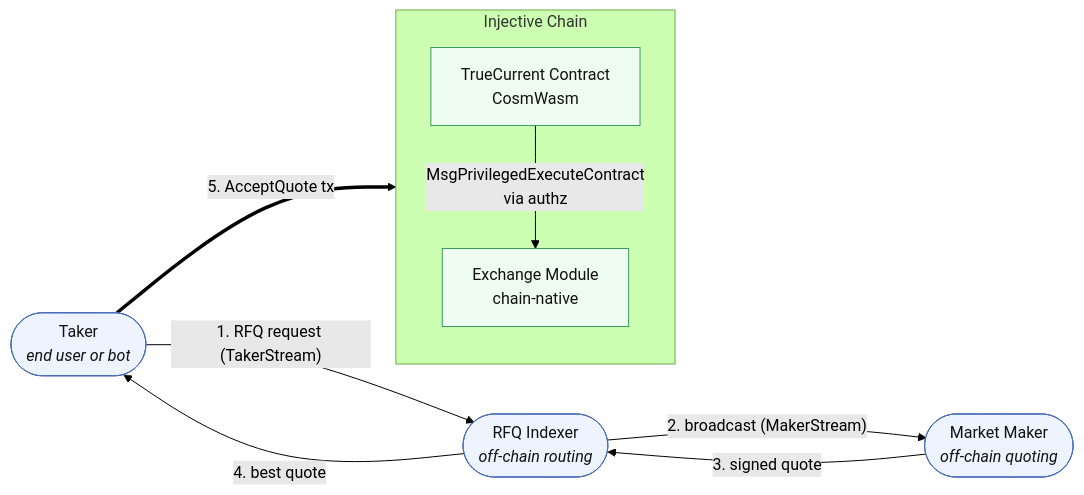
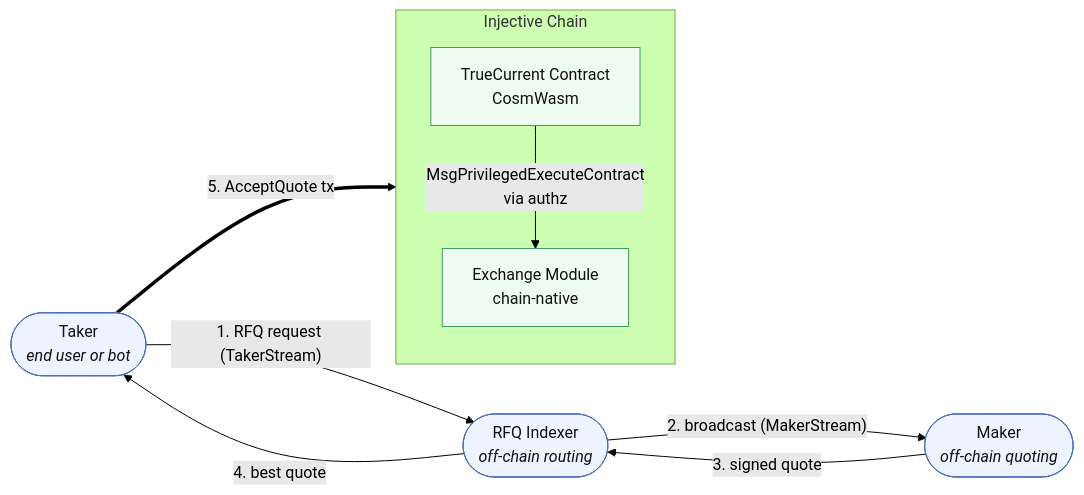
The first of 2 diagrams in mintlify/technical/architecture.md (TrueCurrent/truecurrent-docs), drawn with Mermaid (forest theme) before and after one commit. The commit also changed other lines of this file and 55 other files, not shown here.

````diff
--- a/mintlify/technical/architecture.md
+++ b/mintlify/technical/architecture.md
@@ -13,24 +13,24 @@
 ```mermaid
 flowchart LR
     Taker(["Taker<br/><i>end user or bot</i>"])
     Indexer(["RFQ Indexer<br/><i>off-chain routing</i>"])
-    MM(["Market Maker<br/><i>off-chain quoting</i>"])
+    MM(["Maker<br/><i>off-chain quoting</i>"])
 
     subgraph Injective["Injective Chain"]
         direction TB
         Contract["TrueCurrent Contract<br/>CosmWasm"]
         Exchange["Exchange Module<br/>chain-native"]
         Contract -->|MsgPrivilegedExecuteContract<br/>via authz| Exchange
     end
 
     Taker -->|"1. RFQ request (TakerStream)"| Indexer
     Indexer -->|"2. broadcast (MakerStream)"| MM
     MM -->|"3. signed quote"| Indexer
     Indexer -->|"4. best quote"| Taker
     Taker ==>|"5. AcceptQuote tx"| Contract
 
     classDef offchain fill:#eef4ff,stroke:#4a6db8,color:#111
     classDef onchain fill:#eefbf0,stroke:#3c9c60,color:#111
     class Taker,Indexer,MM offchain
     class Contract,Exchange onchain
 ```
````
